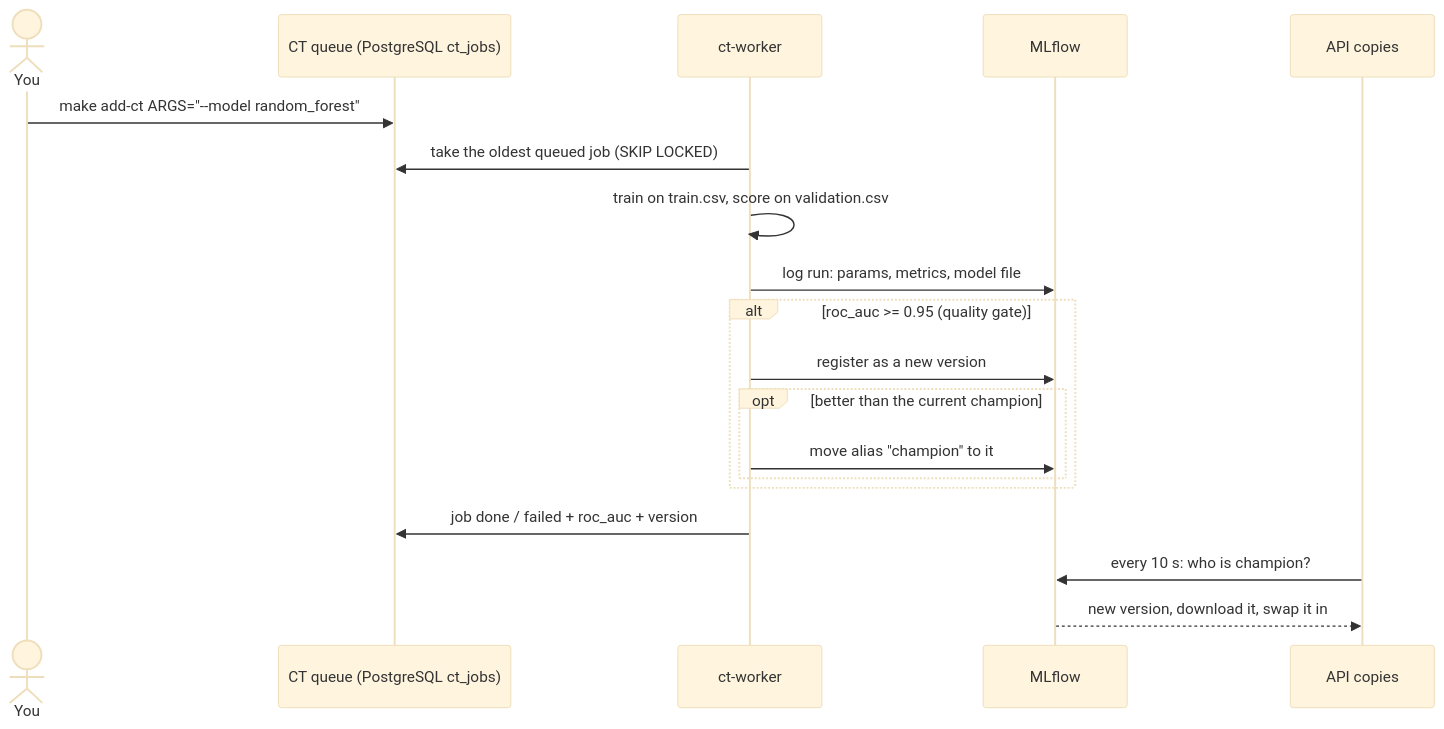
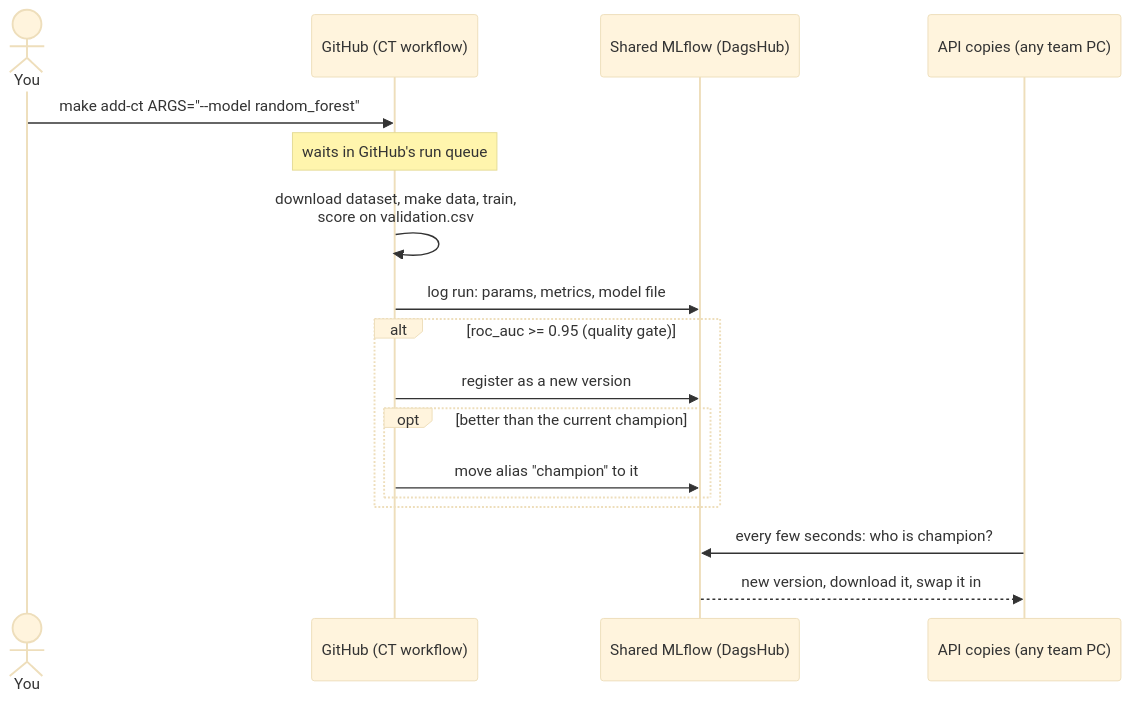
Before and after one commit to deensza/skysat-mlops: the second of 3 diagrams in docs/architecture.md, drawn with Mermaid (base theme). The commit also changed other lines of this file and 13 other files, not shown here.

Commit message:
Step 8: move continuous training to GitHub Actions with a shared DagsHub MLflow

````diff
--- a/docs/architecture.md
+++ b/docs/architecture.md
@@ -65,21 +75,19 @@
 ```mermaid
 sequenceDiagram
     actor You
-    participant Q as CT queue (PostgreSQL ct_jobs)
-    participant W as ct-worker
-    participant M as MLflow
-    participant A as API copies
-    You->>Q: make add-ct ARGS="--model random_forest"
-    W->>Q: take the oldest queued job (SKIP LOCKED)
-    W->>W: train on train.csv, score on validation.csv
-    W->>M: log run: params, metrics, model file
+    participant G as GitHub (CT workflow)
+    participant M as Shared MLflow (DagsHub)
+    participant A as API copies (any team PC)
+    You->>G: make add-ct ARGS="--model random_forest"
+    Note over G: waits in GitHub's run queue
+    G->>G: download dataset, make data, train,<br/>score on validation.csv
+    G->>M: log run: params, metrics, model file
     alt roc_auc >= 0.95 (quality gate)
-        W->>M: register as a new version
+        G->>M: register as a new version
         opt better than the current champion
-            W->>M: move alias "champion" to it
+            G->>M: move alias "champion" to it
         end
     end
-    W->>Q: job done / failed + roc_auc + version
-    A->>M: every 10 s: who is champion?
+    A->>M: every few seconds: who is champion?
     M-->>A: new version, download it, swap it in
 ```
````
